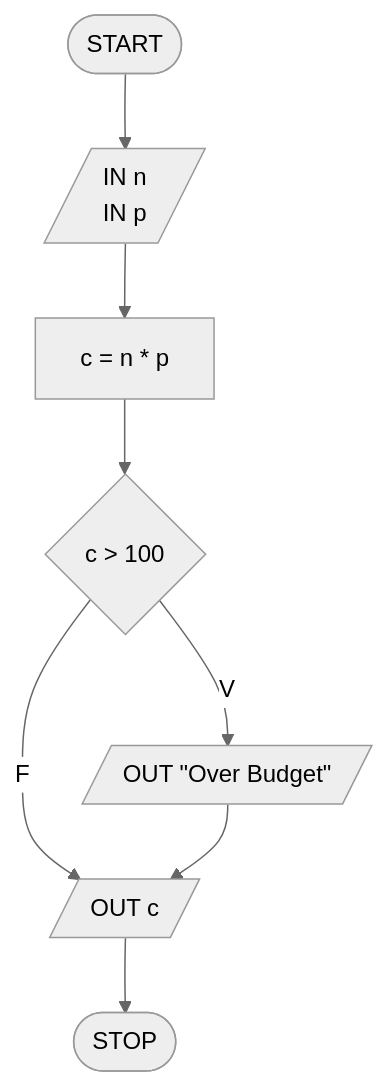
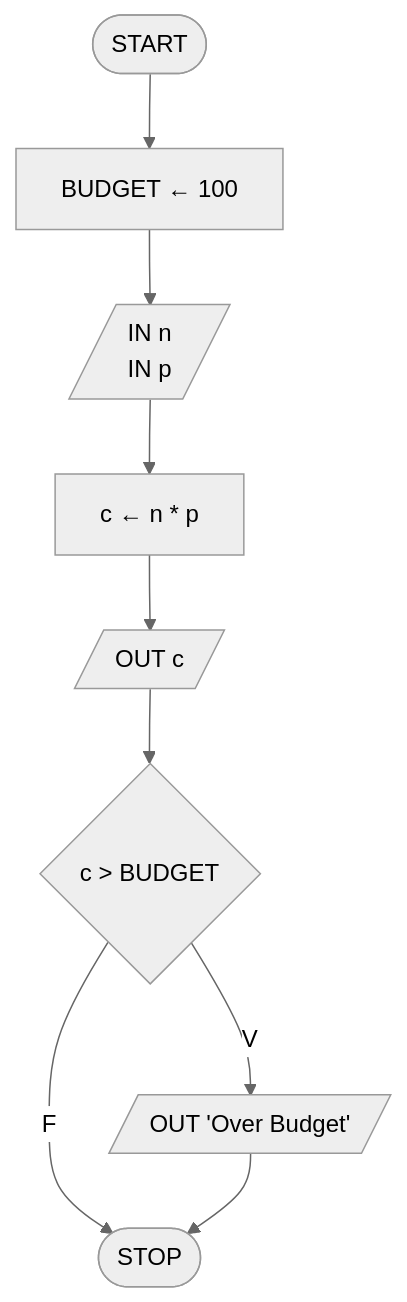
Before and after one commit to pg-laboratorio/flowcharts_laboratorio_esercizi: the fourth of 28 diagrams in flowcharts_soluzioni.md, drawn with Mermaid (neutral theme). The commit also changed other lines of this file, not shown here.

````diff
--- a/flowcharts_soluzioni.md
+++ b/flowcharts_soluzioni.md
@@ -65,11 +75,11 @@
 ```mermaid
 graph TD
-    START([START]) --> INPUT[/IN n<br>IN p/]
-    INPUT --> PROCESS[c = n * p]
-    PROCESS --> COND{"c > 100"}
-    COND -- V --> OUT_WARN[/OUT "Over Budget"/]
-    COND -- F --> OUT_C[/OUT c/]
-    OUT_WARN --> OUT_C
-    OUT_C --> STOP([STOP])
-
+    START([START]) --> INIT["BUDGET ← 100"]
+    INIT --> INPUT[/"IN n<br>IN p"/]
+    INPUT --> PROC["c ← n * p"]
+    PROC --> OC[/"OUT c"/]
+    OC --> COND{"c > BUDGET"}
+    COND -- V --> WARN[/"OUT 'Over Budget'"/]
+    COND -- F --> STOP([STOP])
+    WARN --> STOP
 ```
````
